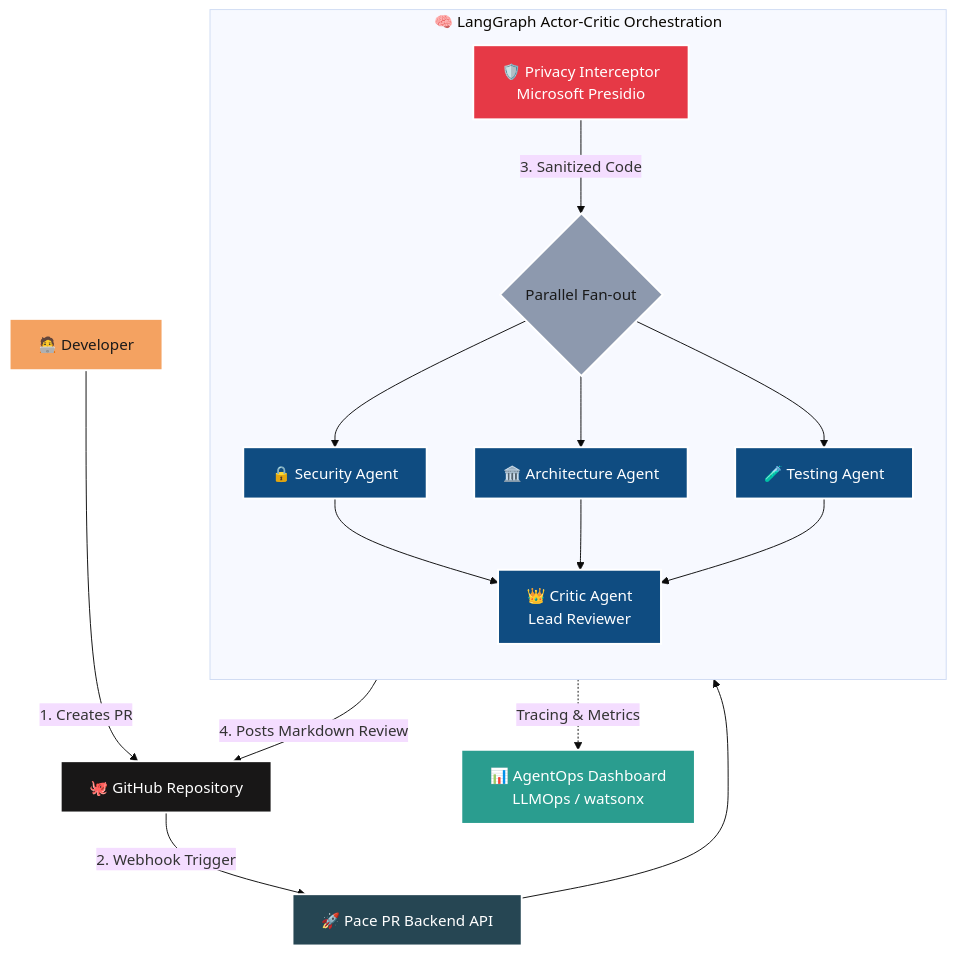
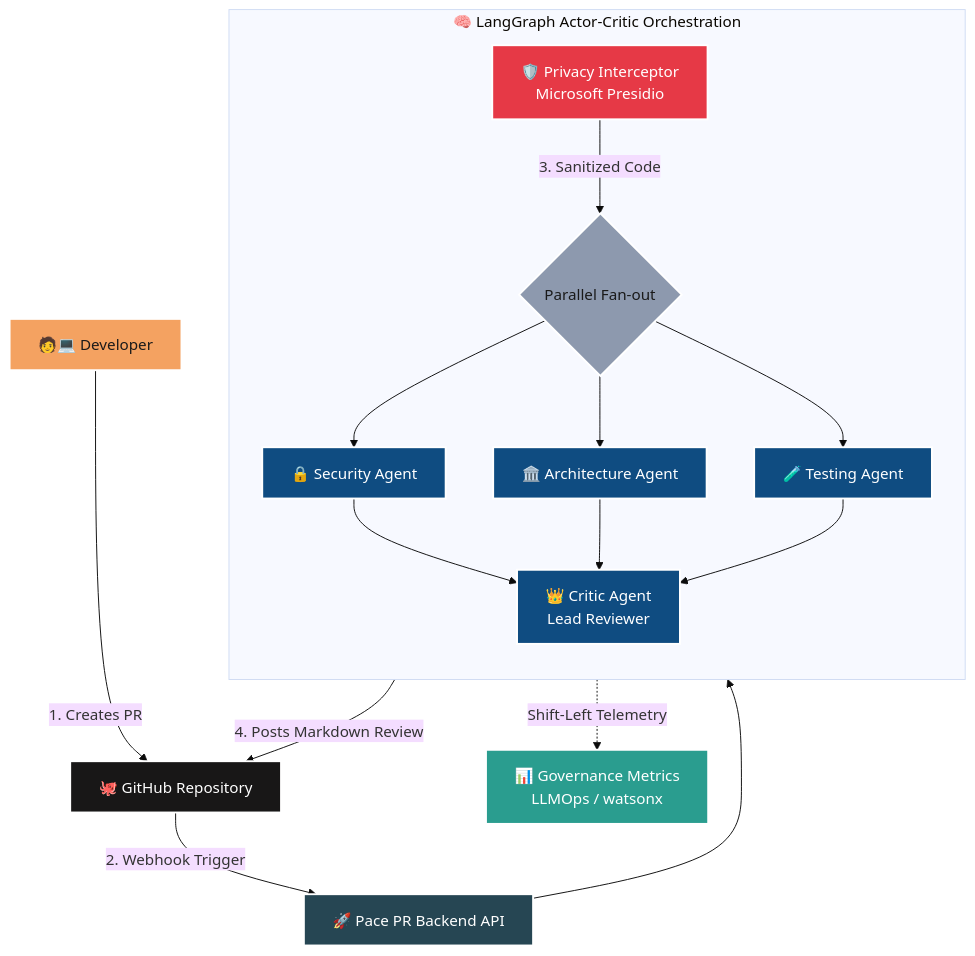
Before and after one commit to willarakaki/pace-pr-orchestrator-ibm-hackathon: the diagram in README.md, drawn with Mermaid (base theme). The commit also changed other lines of this file and 6 other files, not shown here.

````diff
--- a/README.md
+++ b/README.md
@@ -5,35 +9,33 @@
 ```mermaid
 graph TD
     %% Colors and Styles
     classDef user fill:#f4a261,stroke:#fff,stroke-width:2px,color:#1a1a1a;
     classDef github fill:#181717,stroke:#fff,stroke-width:2px,color:#fff;
     classDef backend fill:#264653,stroke:#fff,stroke-width:2px,color:#fff;
     classDef agent fill:#0f4c81,stroke:#fff,stroke-width:2px,color:#fff;
     classDef security fill:#e63946,stroke:#fff,stroke-width:2px,color:#fff;
     classDef ops fill:#2a9d8f,stroke:#fff,stroke-width:2px,color:#fff;
     classDef decision fill:#8d99ae,stroke:#fff,stroke-width:2px,color:#1a1a1a;
 
-    Dev[🧑‍💻 Developer] -->|1. Creates PR| GH[🐙 GitHub Repository]:::github
+    Dev[🧑💻 Developer] -->|1. Creates PR| GH[🐙 GitHub Repository]:::github
     GH -->|2. Webhook Trigger| API[🚀 Pace PR Backend API]:::backend
-
     API --> Presidio[🛡️ Privacy Interceptor <br/> Microsoft Presidio]:::security
 
     subgraph "🧠 LangGraph Actor-Critic Orchestration"
         direction TB
         Presidio -->|3. Sanitized Code| FanOut{Parallel Fan-out}:::decision
         FanOut --> AgSec[🔒 Security Agent]:::agent
         FanOut --> AgArch[🏛️ Architecture Agent]:::agent
         FanOut --> AgTest[🧪 Testing Agent]:::agent
-
         AgSec --> Critic[👑 Critic Agent <br/> Lead Reviewer]:::agent
         AgArch --> Critic
         AgTest --> Critic
     end
 
     Critic -->|4. Posts Markdown Review| GH
 
     %% Observability
-    Critic -.->|Tracing & Metrics| AgentOps[📊 AgentOps Dashboard <br/> LLMOps / watsonx]:::ops
+    Critic -.->|Shift-Left Telemetry| Gov[📊 Governance Metrics <br/> LLMOps / watsonx]:::ops
 
     Dev:::user
 ```
````
